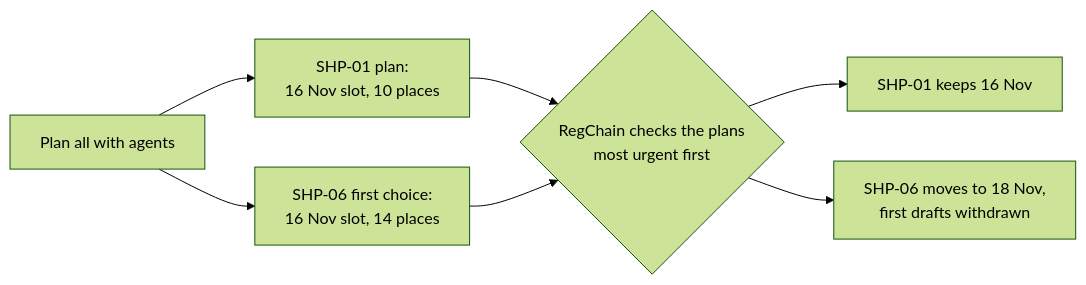
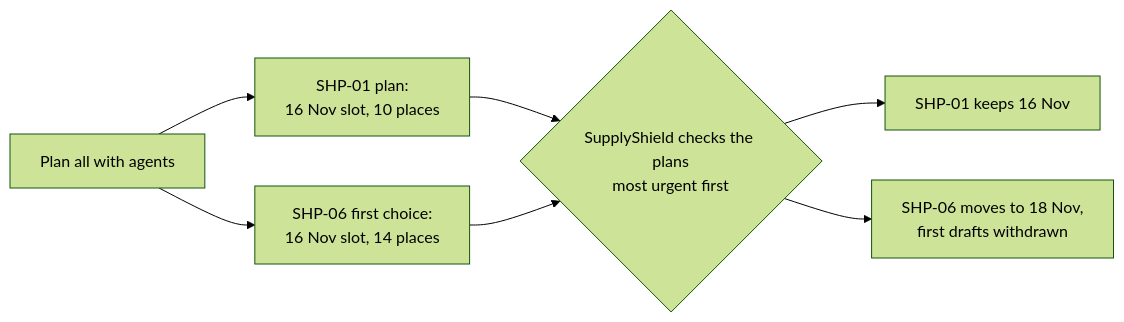
Before and after one commit to Gpanaritis/ClinRadar: the fifth of 7 diagrams in RegChain-AI-User-Journeys.md, drawn with Mermaid (forest theme). The commit also changed other lines of this file, not shown here.

Commit message:
Rewrite the user journeys for the SupplyShield menu

````diff
--- a/RegChain-AI-User-Journeys.md
+++ b/RegChain-AI-User-Journeys.md
@@ -143,9 +230,9 @@
 ```mermaid
 flowchart LR
   A[Plan all with agents] --> B[SHP-01 plan:<br/>16 Nov slot, 10 places]
   A --> C[SHP-06 first choice:<br/>16 Nov slot, 14 places]
-  B --> D{RegChain checks the plans<br/>most urgent first}
+  B --> D{SupplyShield checks the plans<br/>most urgent first}
   C --> D
   D --> E[SHP-01 keeps 16 Nov]
   D --> F[SHP-06 moves to 18 Nov,<br/>first drafts withdrawn]
 ```
````
